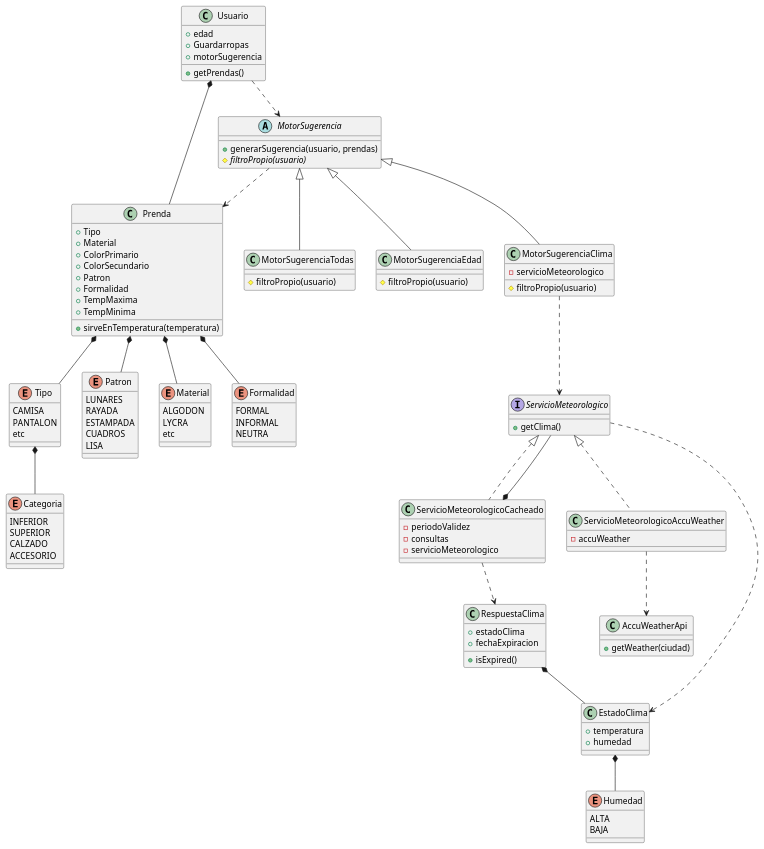
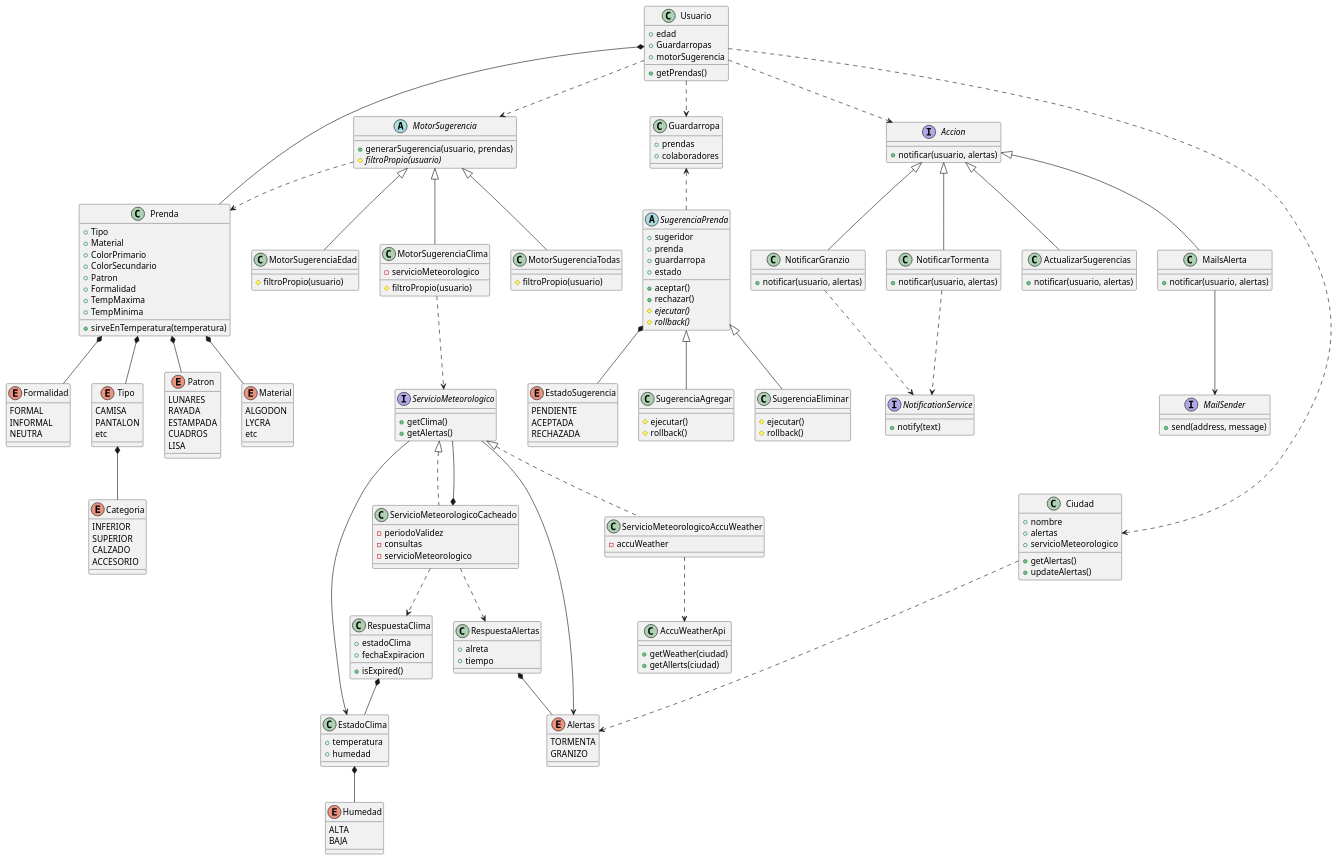
One commit to JuanManuelRama/QMP changed the diagram in DiagramaClases.puml. Above: the diagram before and after it, drawn with PlantUML.

Commit message:
Actualizo diagrama, dudo que esté bien, esto es un quilombo

```diff
--- a/DiagramaClases.puml
+++ b/DiagramaClases.puml
@@ -77,6 +77,7 @@
 
 interface ServicioMeteorologico {
     +getClima()
+    +getAlertas()
 }
 
 class ServicioMeteorologicoCacheado {
@@ -105,6 +106,7 @@
 
 class AccuWeatherApi {
     +getWeather(ciudad)
+    +getAllerts(ciudad)
 }
 
 
@@ -114,6 +116,84 @@
     BAJA
 }
 
+class Guardarropa {
+    +prendas
+    +colaboradores
+}
+
+abstract class SugerenciaPrenda {
+    +sugeridor
+    +prenda
+    +guardarropa
+    +estado
+
+    +aceptar()
+    +rechazar()
+    #ejecutar() {abstract}
+    #rollback() {abstract}
+}
+
+class SugerenciaAgregar {
+    #ejecutar()
+    #rollback()
+}
+
+class SugerenciaEliminar {
+    #ejecutar()
+    #rollback()
+}
+
+enum EstadoSugerencia {
+    PENDIENTE
+    ACEPTADA
+    RECHAZADA
+}
+
+interface Accion {
+    +notificar(usuario, alertas)
+}
+
+class ActualizarSugerencias {
+    +notificar(usuario, alertas)
+}
+
+class MailsAlerta {
+    +notificar(usuario, alertas)
+}
+
+class NotificarGranzio {
+    +notificar(usuario, alertas)
+}
+
+class NotificarTormenta {
+    +notificar(usuario, alertas)
+}
+
+interface MailSender {
+    +send(address, message)
+}
+
+interface NotificationService {
+    +notify(text)
+}
+
+enum Alertas {
+    TORMENTA
+    GRANIZO
+}
+class RespuestaAlertas {
+    +alreta
+    +tiempo
+}
+
+class Ciudad {
+    +nombre
+    +alertas
+    +servicioMeteorologico
+
+    +getAlertas()
+    +updateAlertas()
+}
 
 
 Prenda *-- Patron
@@ -131,9 +211,31 @@
 ServicioMeteorologico <|.. ServicioMeteorologicoAccuWeather
 ServicioMeteorologico <|.. ServicioMeteorologicoCacheado
 ServicioMeteorologicoCacheado *-- ServicioMeteorologico
-ServicioMeteorologico ..> EstadoClima
+ServicioMeteorologico --> EstadoClima
 ServicioMeteorologicoCacheado ..> RespuestaClima
 RespuestaClima *--EstadoClima
 EstadoClima *-- Humedad
 ServicioMeteorologicoAccuWeather ..> AccuWeatherApi
+
+Usuario ..> Guardarropa
+Guardarropa <.. SugerenciaPrenda
+SugerenciaPrenda *-- EstadoSugerencia
+SugerenciaPrenda <|-- SugerenciaAgregar
+SugerenciaPrenda <|-- SugerenciaEliminar
+
+Usuario ..> Accion
+Accion <|-- ActualizarSugerencias
+Accion <|-- MailsAlerta
+Accion <|-- NotificarGranzio
+Accion <|-- NotificarTormenta
+
+MailsAlerta --> MailSender
+NotificarGranzio ..> NotificationService
+NotificarTormenta ..> NotificationService
+Usuario ..> Ciudad
+Ciudad ..> Alertas
+ServicioMeteorologicoCacheado ..> RespuestaAlertas
+RespuestaAlertas *-- Alertas
+ServicioMeteorologico --> Alertas
+
 @enduml
```
